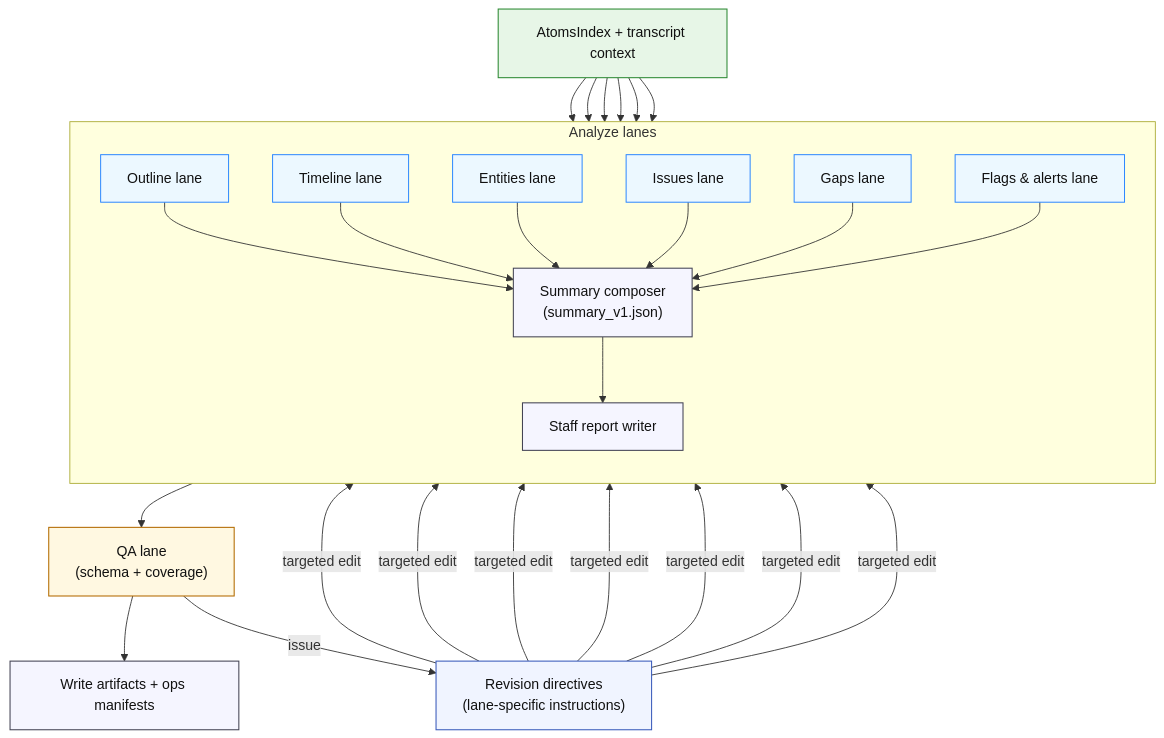
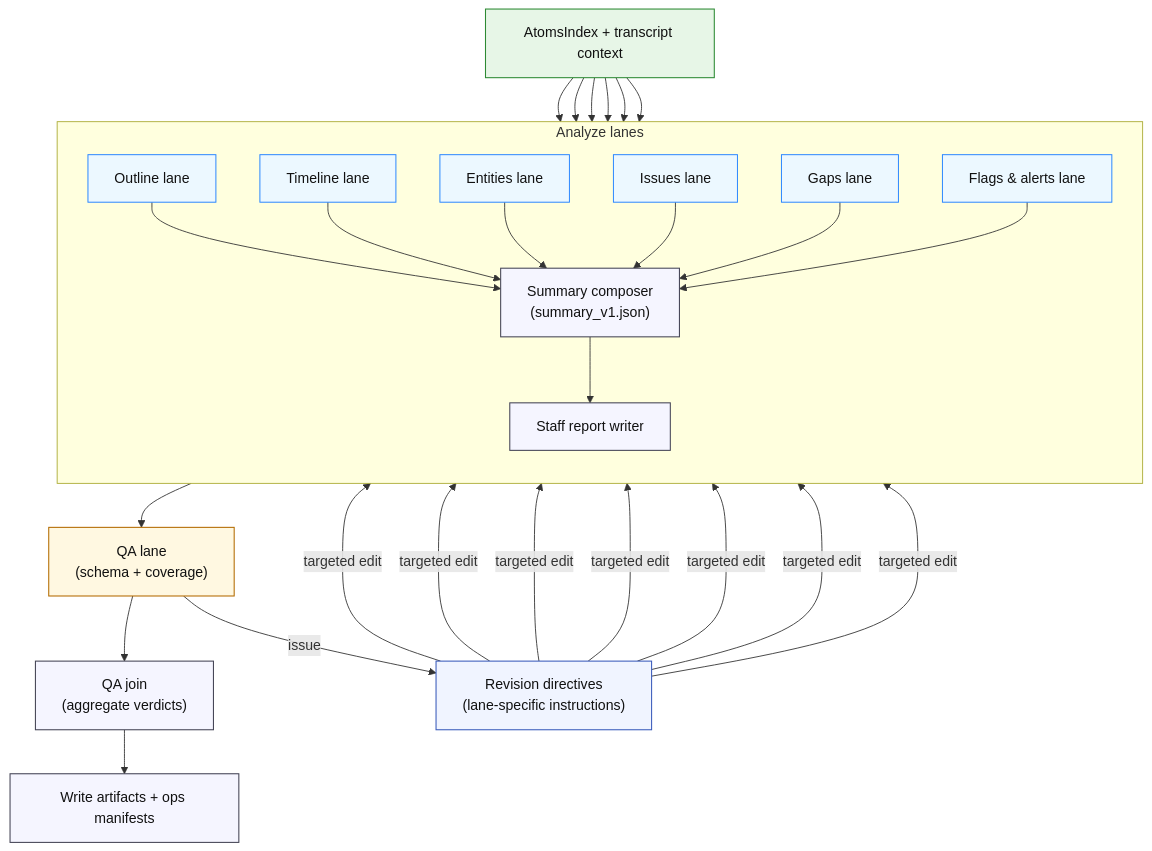
One commit to PantherianCodeX/udocket.com changed the diagram in docs/automation/langgraph-agents/diagrams/analyze-feedback-loops-v1.mmd. Above: the diagram before and after it, drawn with Mermaid. The commit also changed 10 other files, not shown here.

First line of the commit message:
Add QA join stage and enforce make-based linting

```diff
--- a/docs/automation/langgraph-agents/diagrams/analyze-feedback-loops-v1.mmd
+++ b/docs/automation/langgraph-agents/diagrams/analyze-feedback-loops-v1.mmd
@@ -1,50 +1,51 @@
 %% analyze-feedback-loops-v1.mmd
 %% Focused view of Analyze lane feedback and revision directives
 flowchart TD
     classDef stage fill:#f5f5ff,stroke:#445,stroke-width:1.2px,color:#111;
     classDef lane fill:#ecf8ff,stroke:#2684ff,stroke-width:1.1px,color:#111;
     classDef gate fill:#fff8e1,stroke:#b36b00,stroke-width:1.2px,color:#111;
     classDef artifact fill:#e7f6e7,stroke:#2d8a34,stroke-width:1.2px,color:#111;
     classDef directive fill:#f0f4ff,stroke:#3a5bbb,stroke-width:1.2px,color:#111;
 
     Input["AtomsIndex + transcript context"]:::artifact
 
     subgraph Lanes["Analyze lanes"]
         direction TB
         Outline["Outline lane"]:::lane
         Timeline["Timeline lane"]:::lane
         Entities["Entities lane"]:::lane
         Issues["Issues lane"]:::lane
         Gaps["Gaps lane"]:::lane
         Flags["Flags & alerts lane"]:::lane
-        Summary["Summary composer\n(summary_v1.json)"]:::stage
+        Summary["Summary composer<br/>(summary_v1.json)"]:::stage
         Staff["Staff report writer"]:::stage
     end
 
-    QA["QA lane\n(schema + coverage)"]:::gate
-    Directive["Revision directives\n(lane-specific instructions)"]:::directive
+    QA["QA lane<br/>(schema + coverage)"]:::gate
+    QAJoin["QA join<br/>(aggregate verdicts)"]:::stage
+    Directive["Revision directives<br/>(lane-specific instructions)"]:::directive
     Manifest["Write artifacts + ops manifests"]:::stage
 
     Input --> Outline
     Input --> Timeline
     Input --> Entities
     Input --> Issues
     Input --> Gaps
     Input --> Flags
 
     Outline --> Summary
     Timeline --> Summary
     Entities --> Summary
     Issues --> Summary
     Gaps --> Summary
     Flags --> Summary
-    Summary --> Staff --> QA --> Manifest
+    Summary --> Staff --> QA --> QAJoin --> Manifest
 
     QA -->|issue| Directive
     Directive -->|targeted edit| Outline
     Directive -->|targeted edit| Timeline
     Directive -->|targeted edit| Entities
     Directive -->|targeted edit| Issues
     Directive -->|targeted edit| Gaps
     Directive -->|targeted edit| Flags
     Directive -->|targeted edit| Summary
```
